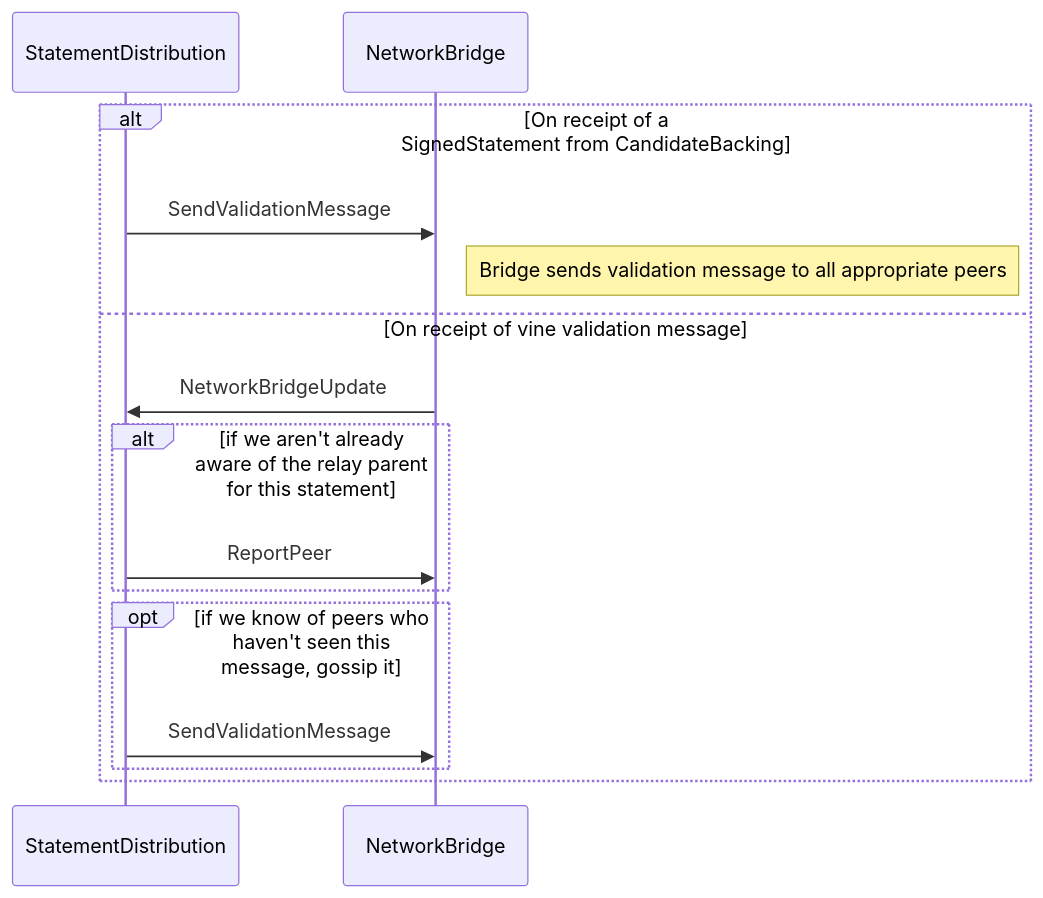
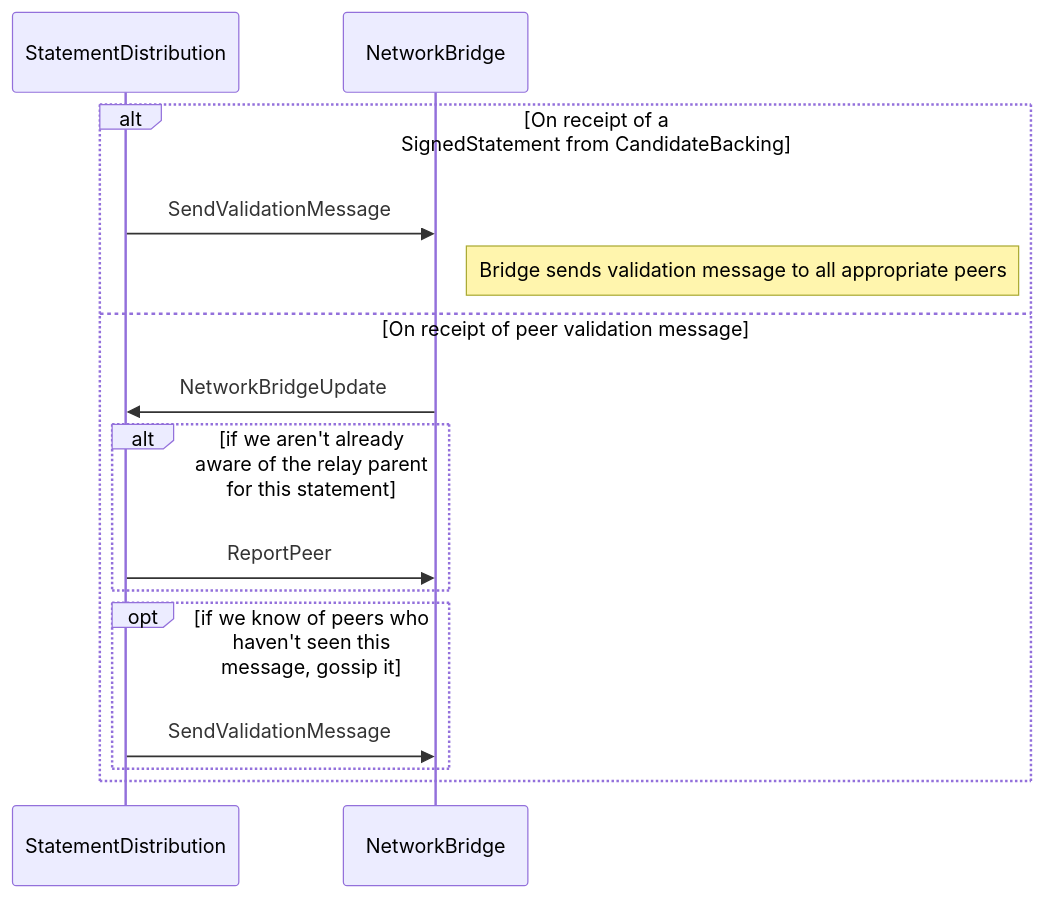
Before and after one commit to arpitantier42/evm_43: the fifth of 10 diagrams in roadmap/implementers-guide/src/node/subsystems-and-jobs.md, drawn with Mermaid. The commit also changed other lines of this file and 1336 other files, not shown here.

````diff
--- a/roadmap/implementers-guide/src/node/subsystems-and-jobs.md
+++ b/roadmap/implementers-guide/src/node/subsystems-and-jobs.md
@@ -256,24 +256,24 @@
 ```mermaid
 sequenceDiagram
     participant SD as StatementDistribution
     participant NB as NetworkBridge
 
     alt On receipt of a<br/>SignedStatement from CandidateBacking
         % fn circulate_statement_and_dependents
         SD ->> NB: SendValidationMessage
 
         Note right of NB: Bridge sends validation message to all appropriate peers
-    else On receipt of vine validation message
+    else On receipt of peer validation message
         NB ->> SD: NetworkBridgeUpdate
 
         % fn handle_incoming_message
         alt if we aren't already aware of the relay parent for this statement
             SD ->> NB: ReportPeer
         end
 
         % fn circulate_statement
         opt if we know of peers who haven't seen this message, gossip it
             SD ->> NB: SendValidationMessage
         end
     end
 ```
````
